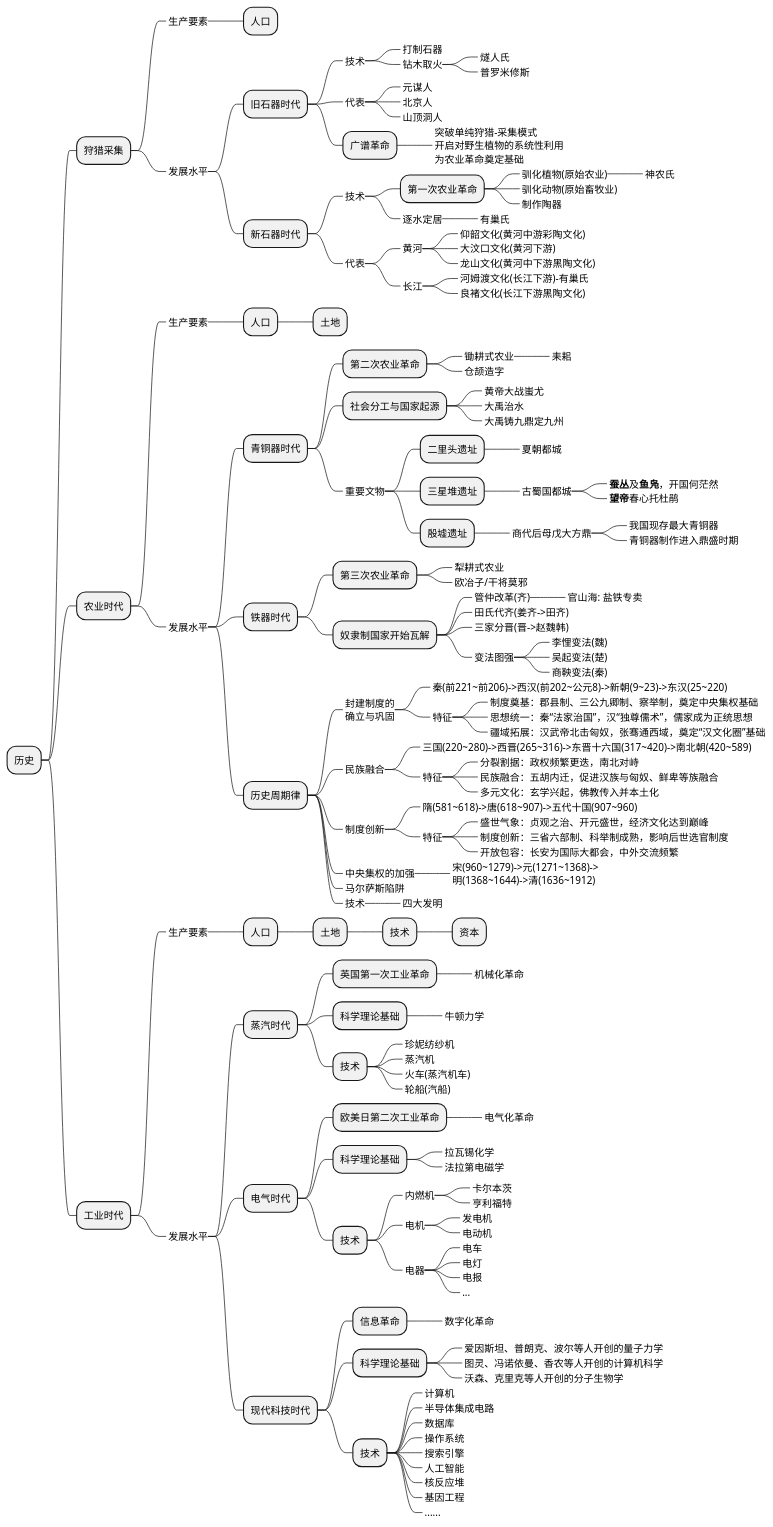
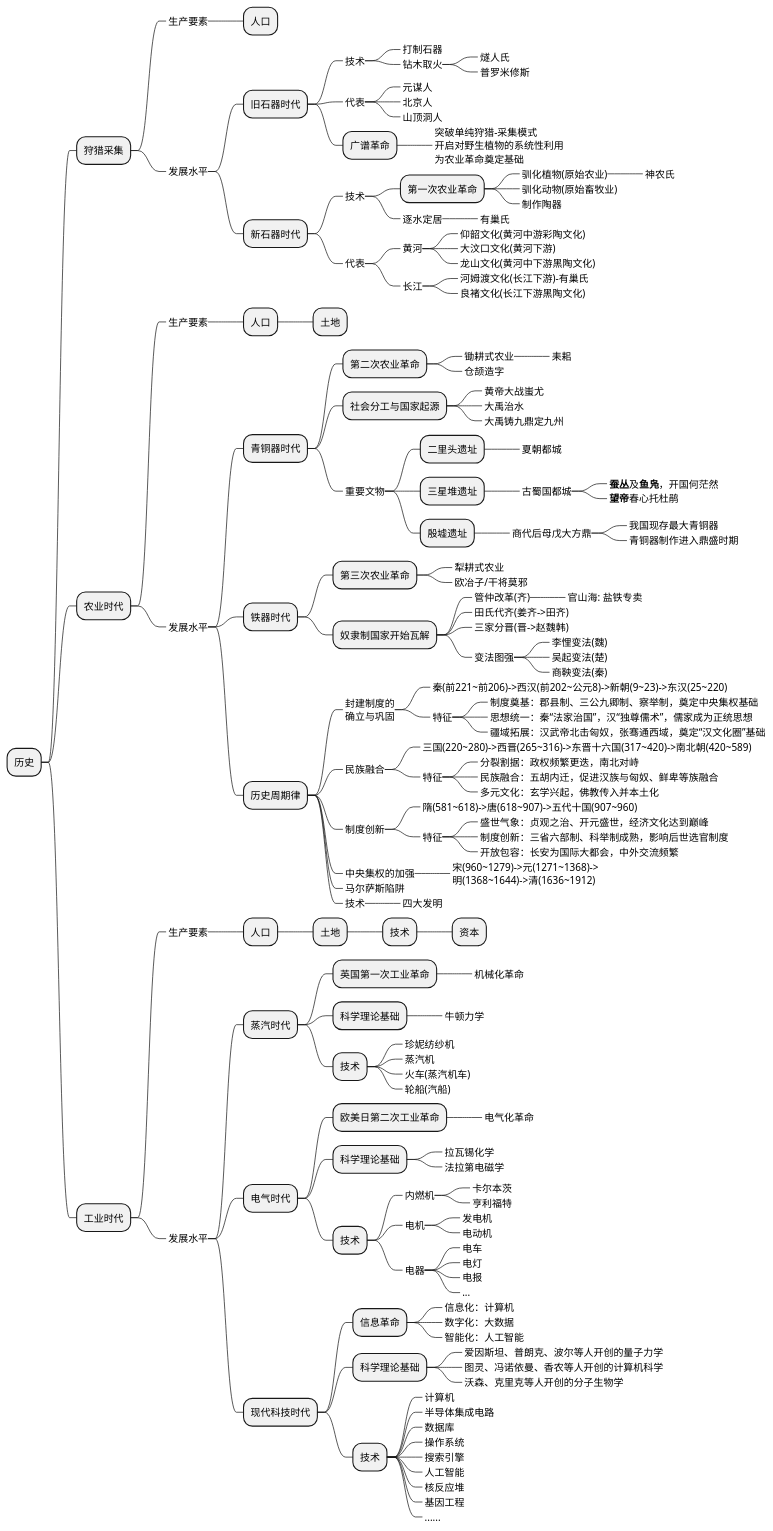
The first of 2 diagrams in source/_posts/economic/economic_and_history.md (holmofy/blog.hufeifei.cn), drawn with PlantUML before and after one commit.

```diff
--- a/source/_posts/economic/economic_and_history.md
+++ b/source/_posts/economic/economic_and_history.md
@@ -150,7 +150,9 @@
 +++++++_ ...
 ++++ 现代科技时代
 +++++ 信息革命
-++++++_ 数字化革命
+++++++_ 信息化：计算机
+++++++_ 数字化：大数据
+++++++_ 智能化：人工智能
 +++++ 科学理论基础
 ++++++_ 爱因斯坦、普朗克、波尔等人开创的量子力学
 ++++++_ 图灵、冯诺依曼、香农等人开创的计算机科学
```
